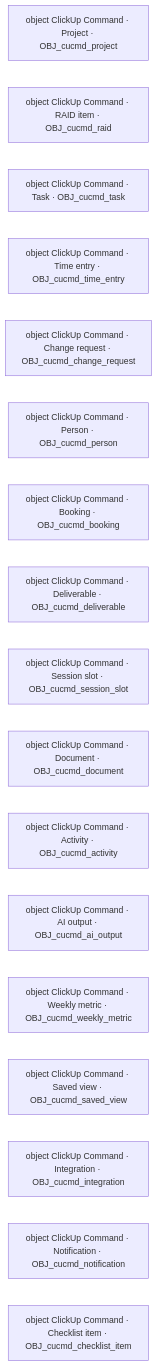
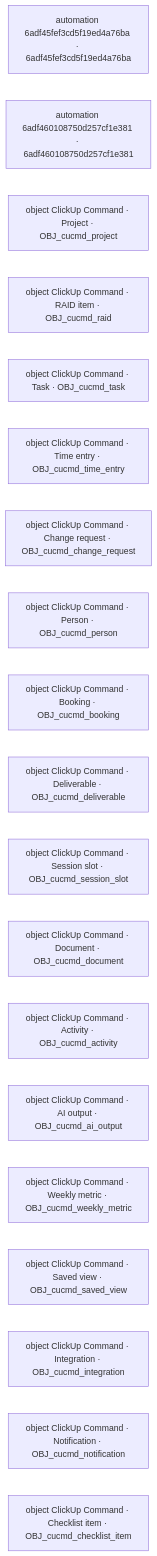
One commit to gouravUnifyapps/all-demo-foders changed the diagram in clickup/clickup-delivery-command-dashboard/.nebula/solution-chart.md. Above: the diagram before and after it, drawn with Mermaid. The commit also changed 7 other files, not shown here.

Commit message:
clickup/clickup-delivery-command-dashboard: after session 402e0464-c1ba-5334-8b57-9ece89217092 (POC POC-clickup-delivery-command-dashboard-20261026)

````diff
--- a/clickup/clickup-delivery-command-dashboard/.nebula/solution-chart.md
+++ b/clickup/clickup-delivery-command-dashboard/.nebula/solution-chart.md
@@ -3,20 +3,22 @@
 ```mermaid
 flowchart LR
-  n1["object ClickUp Command · Project · OBJ_cucmd_project"]
-  n2["object ClickUp Command · RAID item · OBJ_cucmd_raid"]
-  n3["object ClickUp Command · Task · OBJ_cucmd_task"]
-  n4["object ClickUp Command · Time entry · OBJ_cucmd_time_entry"]
-  n5["object ClickUp Command · Change request · OBJ_cucmd_change_request"]
-  n6["object ClickUp Command · Person · OBJ_cucmd_person"]
-  n7["object ClickUp Command · Booking · OBJ_cucmd_booking"]
-  n8["object ClickUp Command · Deliverable · OBJ_cucmd_deliverable"]
-  n9["object ClickUp Command · Session slot · OBJ_cucmd_session_slot"]
-  n10["object ClickUp Command · Document · OBJ_cucmd_document"]
-  n11["object ClickUp Command · Activity · OBJ_cucmd_activity"]
-  n12["object ClickUp Command · AI output · OBJ_cucmd_ai_output"]
-  n13["object ClickUp Command · Weekly metric · OBJ_cucmd_weekly_metric"]
-  n14["object ClickUp Command · Saved view · OBJ_cucmd_saved_view"]
-  n15["object ClickUp Command · Integration · OBJ_cucmd_integration"]
-  n16["object ClickUp Command · Notification · OBJ_cucmd_notification"]
-  n17["object ClickUp Command · Checklist item · OBJ_cucmd_checklist_item"]
+  n1["automation 6adf45fef3cd5f19ed4a76ba · 6adf45fef3cd5f19ed4a76ba"]
+  n2["automation 6adf460108750d257cf1e381 · 6adf460108750d257cf1e381"]
+  n3["object ClickUp Command · Project · OBJ_cucmd_project"]
+  n4["object ClickUp Command · RAID item · OBJ_cucmd_raid"]
+  n5["object ClickUp Command · Task · OBJ_cucmd_task"]
+  n6["object ClickUp Command · Time entry · OBJ_cucmd_time_entry"]
+  n7["object ClickUp Command · Change request · OBJ_cucmd_change_request"]
+  n8["object ClickUp Command · Person · OBJ_cucmd_person"]
+  n9["object ClickUp Command · Booking · OBJ_cucmd_booking"]
+  n10["object ClickUp Command · Deliverable · OBJ_cucmd_deliverable"]
+  n11["object ClickUp Command · Session slot · OBJ_cucmd_session_slot"]
+  n12["object ClickUp Command · Document · OBJ_cucmd_document"]
+  n13["object ClickUp Command · Activity · OBJ_cucmd_activity"]
+  n14["object ClickUp Command · AI output · OBJ_cucmd_ai_output"]
+  n15["object ClickUp Command · Weekly metric · OBJ_cucmd_weekly_metric"]
+  n16["object ClickUp Command · Saved view · OBJ_cucmd_saved_view"]
+  n17["object ClickUp Command · Integration · OBJ_cucmd_integration"]
+  n18["object ClickUp Command · Notification · OBJ_cucmd_notification"]
+  n19["object ClickUp Command · Checklist item · OBJ_cucmd_checklist_item"]
 ```
````
